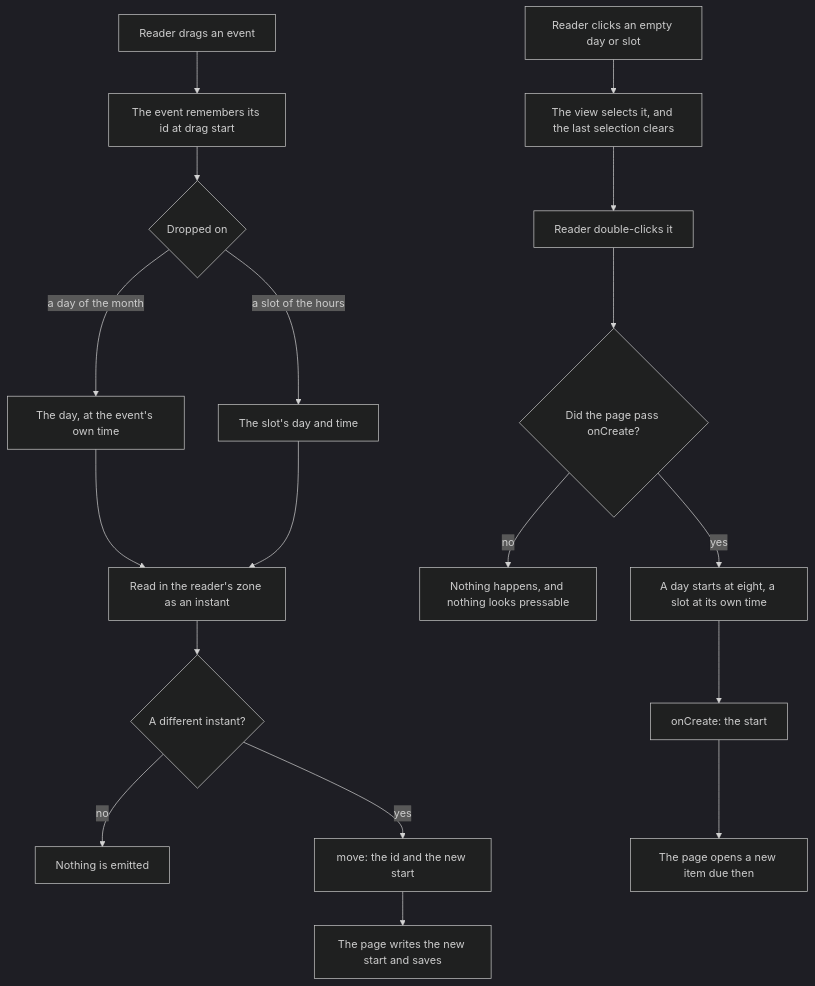
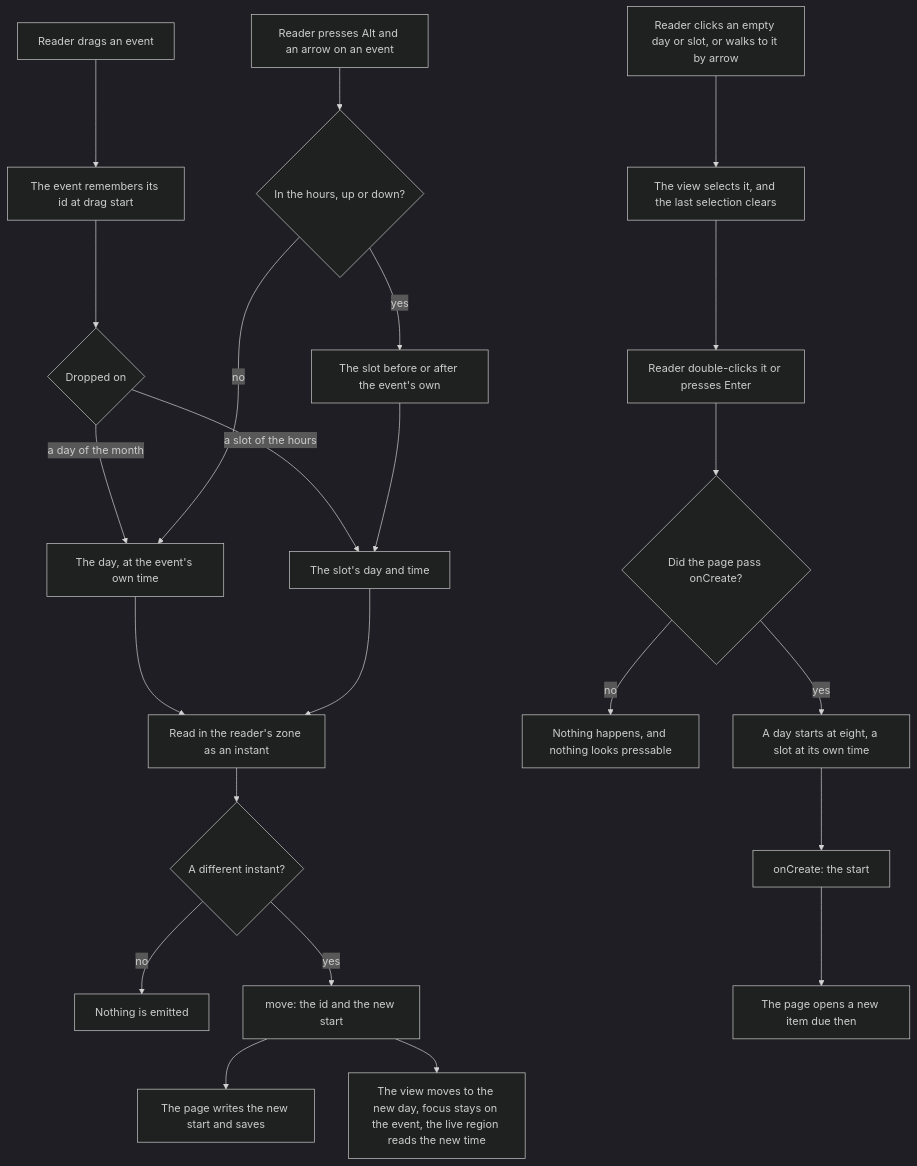
Before and after one commit to Esposter/Esposter: the first of 2 diagrams in apps/web/content/docs/architecture/calendar.md, drawn with Mermaid (dark theme). The commit also changed other lines of this file and 10 other files, not shown here.

First line of the commit message:
feat(ui): the event calendar's views are grids walked from the keyboard, and Alt and an arrow move an event

````diff
--- a/apps/web/content/docs/architecture/calendar.md
+++ b/apps/web/content/docs/architecture/calendar.md
@@ -70,20 +80,25 @@
 ```mermaid
 flowchart TD
   D[Reader drags an event] --> S[The event remembers its id at drag start]
   S --> T{Dropped on}
   T -->|a day of the month| K[The day, at the event's own time]
   T -->|a slot of the hours| L[The slot's day and time]
   K --> Z[Read in the reader's zone as an instant]
   L --> Z
   Z --> C{A different instant?}
   C -->|no| N[Nothing is emitted]
   C -->|yes| M[move: the id and the new start]
   M --> P[The page writes the new start and saves]
-  A[Reader clicks an empty day or slot] --> H[The view selects it, and the last selection clears]
-  H --> B[Reader double-clicks it]
+  AK[Reader presses Alt and an arrow on an event] --> AD{In the hours, up or down?}
+  AD -->|no| K
+  AD -->|yes| AS[The slot before or after the event's own]
+  AS --> L
+  M --> V[The view moves to the new day, focus stays on the event, the live region reads the new time]
+  A[Reader clicks an empty day or slot, or walks to it by arrow] --> H[The view selects it, and the last selection clears]
+  H --> B[Reader double-clicks it or presses Enter]
   B --> G{Did the page pass onCreate?}
   G -->|no| X[Nothing happens, and nothing looks pressable]
   G -->|yes| O[A day starts at eight, a slot at its own time]
   O --> Q[onCreate: the start]
   Q --> R[The page opens a new item due then]
 ```
````
